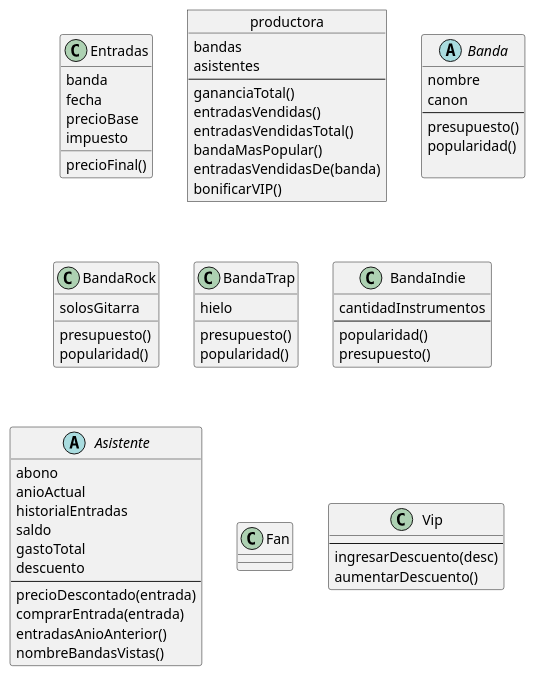
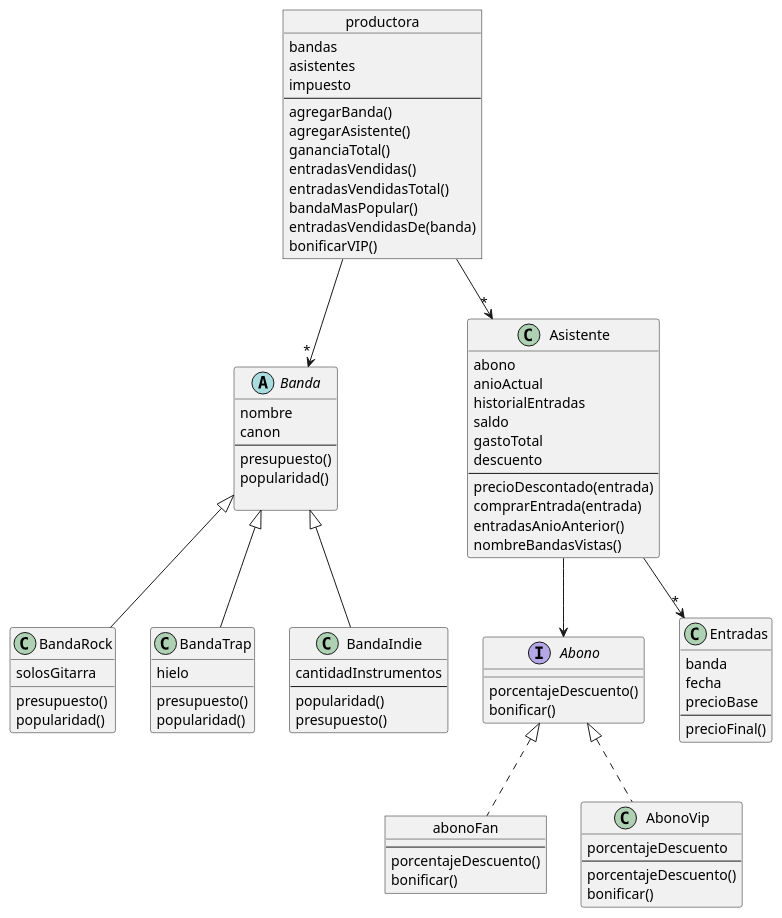
One commit to DiegoAlvarezEguren/TP-individual-Objetos-26-10 changed the diagram in TPObjetosIndividual/diagrama.plantuml. Above: the diagram before and after it, drawn with PlantUML.

```diff
--- a/TPObjetosIndividual/diagrama.plantuml
+++ b/TPObjetosIndividual/diagrama.plantuml
@@ -1,67 +1,83 @@
 @startuml
 class Entradas{
     banda
     fecha
     precioBase
-    impuesto
-    
+    --
     precioFinal()
 }
 object productora {
     bandas
     asistentes
+    impuesto
     --
+    agregarBanda()
+    agregarAsistente()
     gananciaTotal()
     entradasVendidas()
     entradasVendidasTotal()
     bandaMasPopular()
     entradasVendidasDe(banda)
     bonificarVIP()
 }
 abstract Banda{
     nombre
     canon
     --
     presupuesto()
     popularidad()
 
 }
-class BandaRock{
+class BandaRock extends Banda{
     solosGitarra
     presupuesto()
     popularidad()
 }
-class BandaTrap{
+class BandaTrap extends Banda{
     hielo
     presupuesto()
     popularidad()
 }
-class BandaIndie{
+class BandaIndie extends Banda{
     cantidadInstrumentos
     --
     popularidad()
     presupuesto()
 }
-abstract Asistente{
+class Asistente{
     abono
     anioActual
     historialEntradas
     saldo
     gastoTotal
     descuento
     --
     precioDescontado(entrada)
     comprarEntrada(entrada)
     entradasAnioAnterior()
     nombreBandasVistas()
 }
-class Fan{
-
+interface Abono  {
+    porcentajeDescuento()
+    bonificar()
 }
 
-class Vip{
+object abonoFan {
     --
-    ingresarDescuento(desc)
-    aumentarDescuento()
+    porcentajeDescuento()
+    bonificar()
 }
+
+class AbonoVip {
+    porcentajeDescuento
+    --
+    porcentajeDescuento()
+    bonificar()
+}
+productora --> "*" Asistente
+productora --> "*" Banda
+Asistente --> "*" Entradas
+Asistente --> Abono
+abonoFan .u.|> Abono
+AbonoVip .u.|> Abono
 @enduml
```
